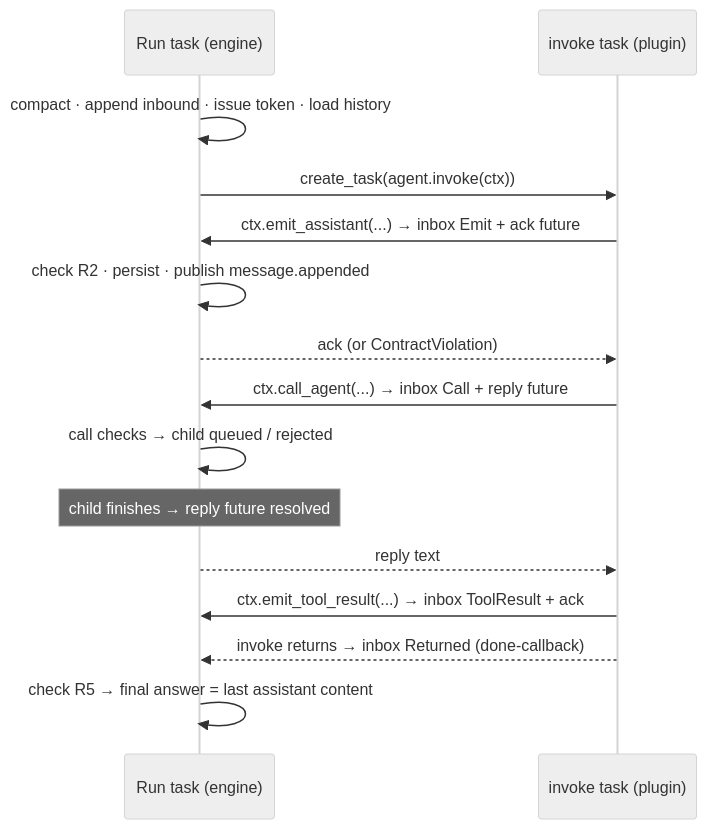
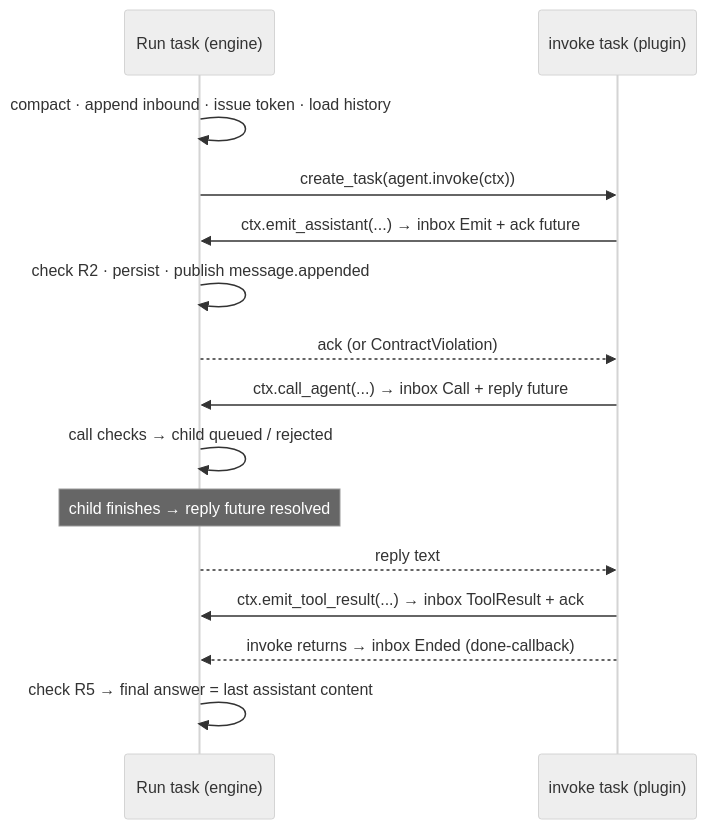
One commit to lemanhcuong6904/vde-agent-demo changed the second of 2 diagrams in docs/superpowers/specs/2026-09-26-agent-plugins-design.md. Above: the diagram before and after it, drawn with Mermaid (neutral theme). The commit also changed other lines of this file and 113 other files, not shown here.

````diff
--- a/docs/superpowers/specs/2026-09-26-agent-plugins-design.md
+++ b/docs/superpowers/specs/2026-09-26-agent-plugins-design.md
@@ -332,17 +332,17 @@
 ```mermaid
 sequenceDiagram
   participant R as Run task (engine)
   participant I as invoke task (plugin)
   R->>R: compact · append inbound · issue token · load history
   R->>I: create_task(agent.invoke(ctx))
   I->>R: ctx.emit_assistant(...) → inbox Emit + ack future
   R->>R: check R2 · persist · publish message.appended
   R-->>I: ack (or ContractViolation)
   I->>R: ctx.call_agent(...) → inbox Call + reply future
   R->>R: call checks → child queued / rejected
   Note over R: child finishes → reply future resolved
   R-->>I: reply text
   I->>R: ctx.emit_tool_result(...) → inbox ToolResult + ack
-  I-->>R: invoke returns → inbox Returned (done-callback)
+  I-->>R: invoke returns → inbox Ended (done-callback)
   R->>R: check R5 → final answer = last assistant content
 ```
````
